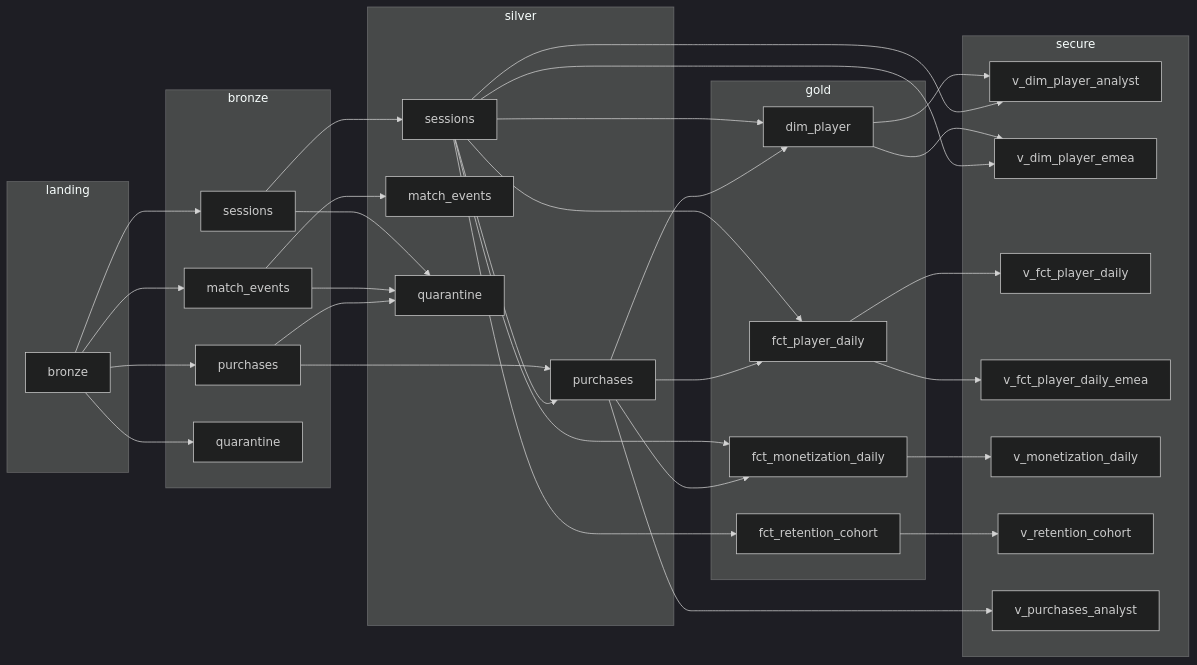
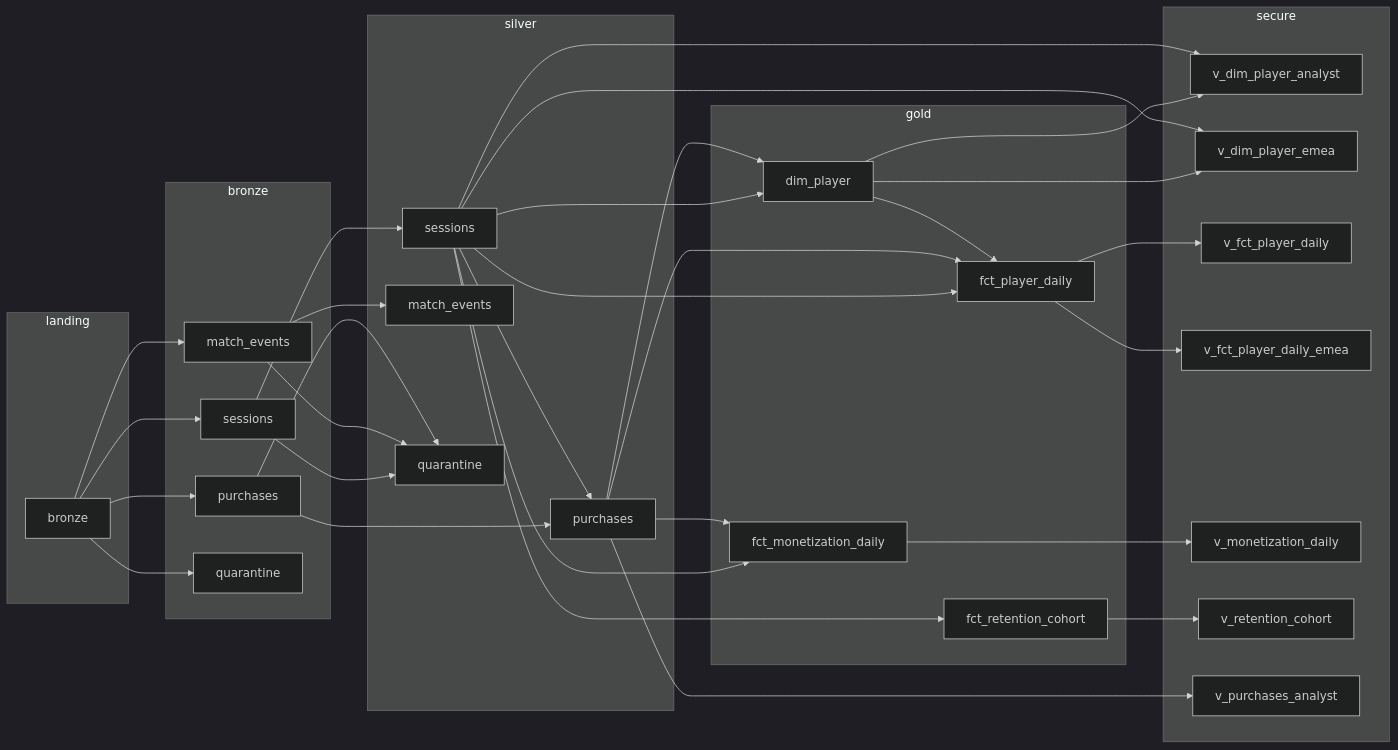
One commit to AbhiramCommits/DeltaLakehouseGovernance changed the first of 2 diagrams in docs/lineage.md. Above: the diagram before and after it, drawn with Mermaid (dark theme). The commit also changed other lines of this file and 14 other files, not shown here.

````diff
--- a/docs/lineage.md
+++ b/docs/lineage.md
@@ -12,60 +12,61 @@
 ```mermaid
 flowchart LR
   subgraph LANDING[landing]
     n12["bronze"]
   end
   subgraph BRONZE[bronze]
     n0["sessions"]
     n1["match_events"]
     n2["purchases"]
     n3["quarantine"]
   end
   subgraph SILVER[silver]
     n4["sessions"]
     n5["match_events"]
     n6["purchases"]
     n7["quarantine"]
   end
   subgraph GOLD[gold]
     n8["fct_player_daily"]
     n9["dim_player"]
     n10["fct_monetization_daily"]
     n11["fct_retention_cohort"]
   end
   subgraph SECURE[secure]
     n13["v_dim_player_analyst"]
     n14["v_dim_player_emea"]
     n15["v_fct_player_daily"]
     n16["v_fct_player_daily_emea"]
     n17["v_monetization_daily"]
     n18["v_retention_cohort"]
     n19["v_purchases_analyst"]
   end
   n12 --> n0
   n12 --> n1
   n12 --> n2
   n12 --> n3
   n0 --> n4
   n1 --> n5
   n2 --> n6
   n4 --> n6
   n0 --> n7
   n1 --> n7
   n2 --> n7
   n4 --> n8
   n6 --> n8
+  n9 --> n8
   n4 --> n9
   n6 --> n9
   n4 --> n10
   n6 --> n10
   n4 --> n11
   n9 --> n13
   n4 --> n13
   n9 --> n14
   n4 --> n14
   n8 --> n15
   n8 --> n16
   n10 --> n17
   n11 --> n18
   n6 --> n19
 ```
````
